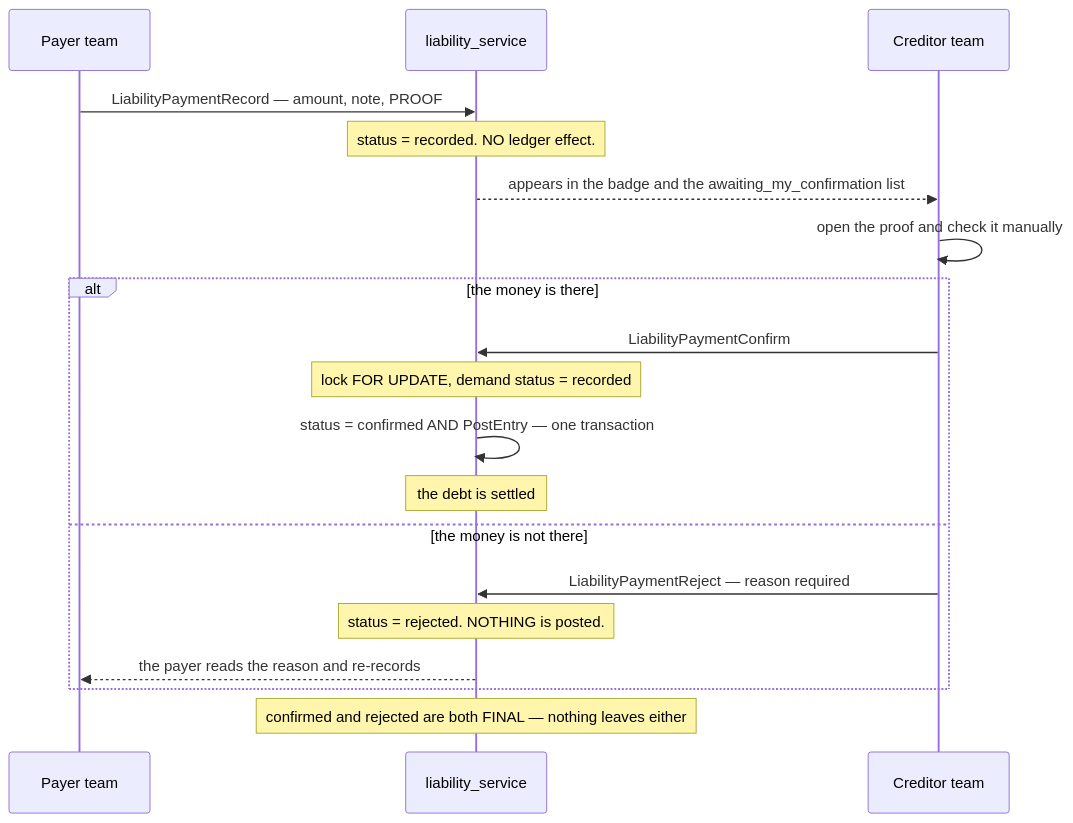
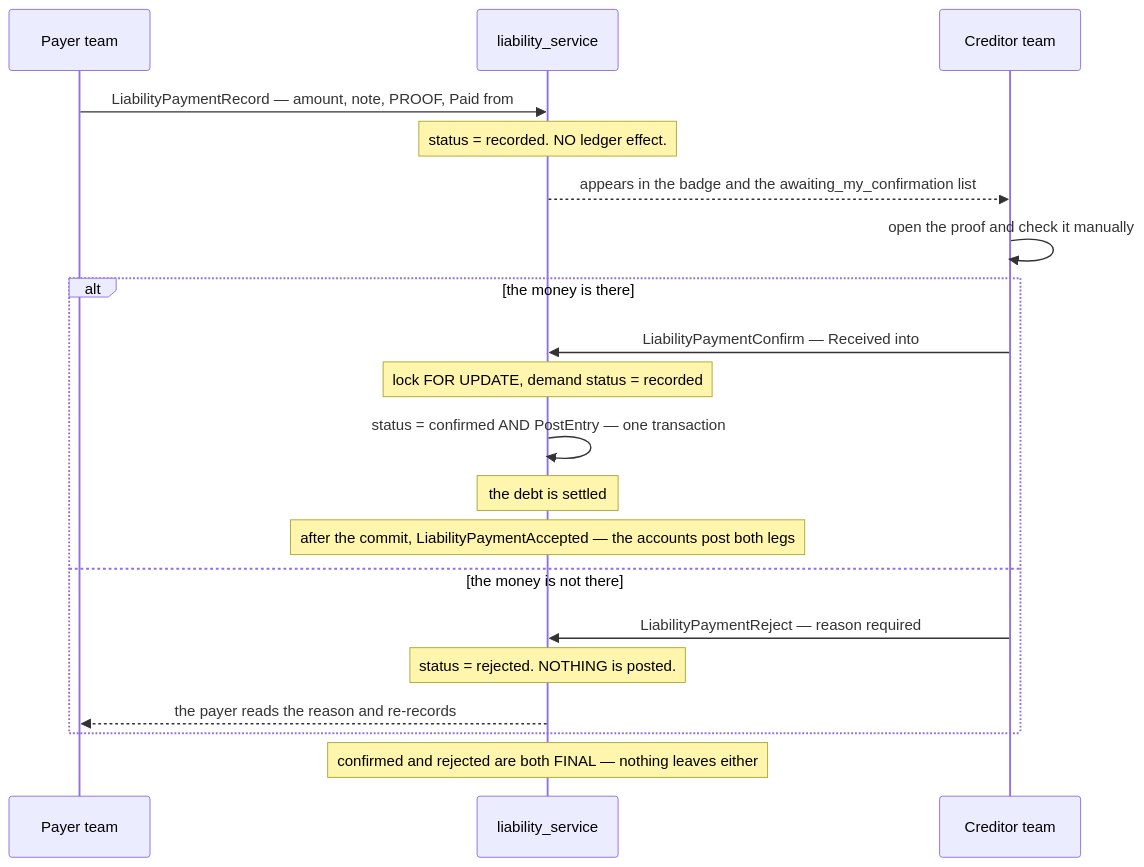
Before and after one commit to pdcgo/warehouse_revamp: the sixth of 7 diagrams in docs/services/liability_service/rpc.md, drawn with Mermaid. The commit also changed other lines of this file and 124 other files, not shown here.

First line of the commit message:
wip: the other passes' uncommitted work — team payment accounts, restock and liability screens

````diff
--- a/docs/services/liability_service/rpc.md
+++ b/docs/services/liability_service/rpc.md
@@ -429,25 +429,26 @@
 ```mermaid
 sequenceDiagram
     participant P as Payer team
     participant S as liability_service
     participant C as Creditor team
 
-    P->>S: LiabilityPaymentRecord — amount, note, PROOF
+    P->>S: LiabilityPaymentRecord — amount, note, PROOF, Paid from
     Note over S: status = recorded. NO ledger effect.
     S-->>C: appears in the badge and the awaiting_my_confirmation list
 
     C->>C: open the proof and check it manually
 
     alt the money is there
-        C->>S: LiabilityPaymentConfirm
+        C->>S: LiabilityPaymentConfirm — Received into
         Note over S: lock FOR UPDATE, demand status = recorded
         S->>S: status = confirmed AND PostEntry — one transaction
         Note over S: the debt is settled
+        Note over S: after the commit, LiabilityPaymentAccepted — the accounts post both legs
     else the money is not there
         C->>S: LiabilityPaymentReject — reason required
         Note over S: status = rejected. NOTHING is posted.
         S-->>P: the payer reads the reason and re-records
     end
 
     Note over S: confirmed and rejected are both FINAL — nothing leaves either
 ```
````
